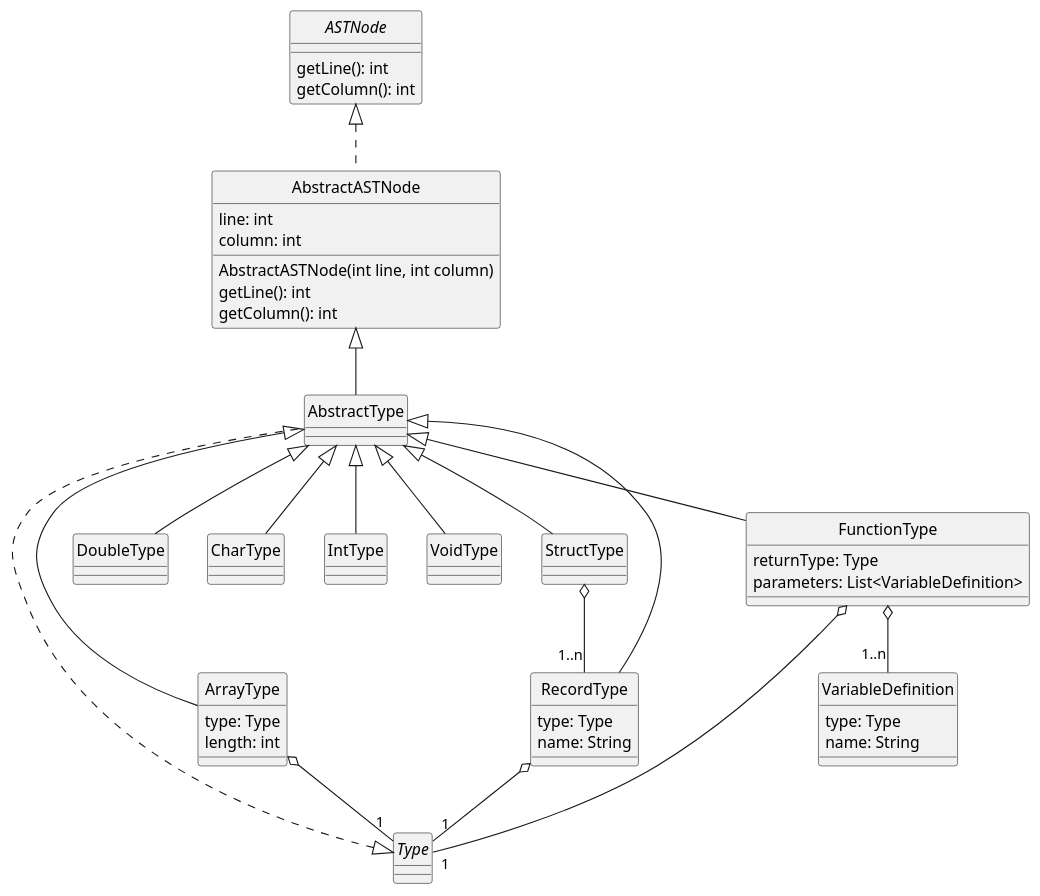
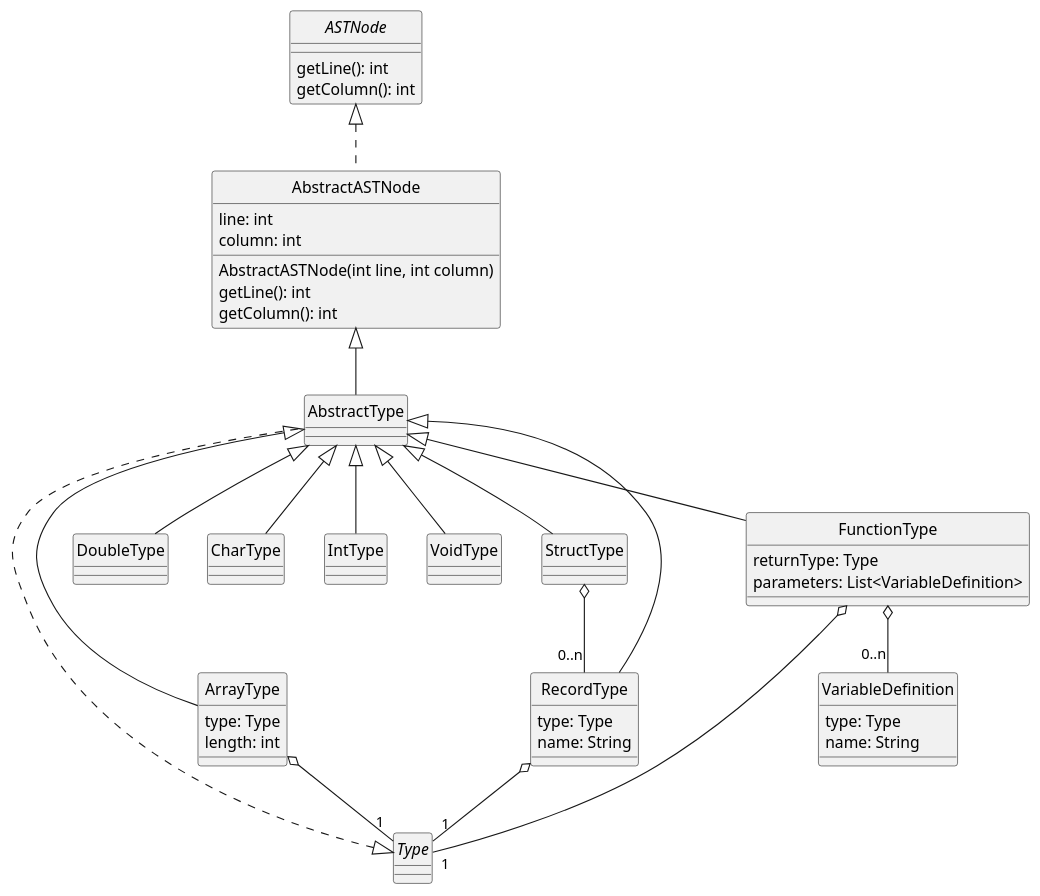
The diagram in docs/diagrams/types.plantuml (Diecaal/Elixir-Compiler), drawn with PlantUML before and after one commit. The commit also changed 5 other files, not shown here.

Commit message:
Update UML

```diff
--- a/docs/diagrams/types.plantuml
+++ b/docs/diagrams/types.plantuml
@@ -1,85 +1,85 @@
 @startuml Types
 skinparam style strictuml
 skinparam monochrome true
 
 interface ASTNode {
     getLine(): int
     getColumn(): int
 }
 
 class AbstractASTNode {
     AbstractASTNode(int line, int column)
     getLine(): int
     getColumn(): int
     line: int
     column: int
 }
 
 interface Type
 
 class AbstractType {
 
 }
 
 class ArrayType {
     type: Type
     length: int
 }
 
 class DoubleType {
 
 }
 
 class CharType {
 
 }
 
 class IntType {
 
 }
 
 class VoidType {
 
 }
 
 class StructType {
 
 }
 
 class RecordType {
     type: Type
     name: String
 }
 
 class FunctionType {
     returnType: Type
     parameters: List<VariableDefinition>
 }
 
 class VariableDefinition {
     type: Type
     name: String
 }
 
 ASTNode <|.. AbstractASTNode
 
 AbstractASTNode <|-- AbstractType
 
 Type <|.. AbstractType
 
 AbstractType <|-- ArrayType
 AbstractType <|-- DoubleType
 AbstractType <|-- CharType
 AbstractType <|-- IntType
 AbstractType <|-- VoidType
 AbstractType <|-- StructType
 AbstractType <|-- RecordType
 AbstractType <|-- FunctionType
 
 ArrayType o-- "1" Type
 RecordType o-- "1" Type
 FunctionType o-- "1" Type
 
-StructType o-- "1..n" RecordType
-FunctionType o-- "1..n" VariableDefinition
+StructType o-- "0..n" RecordType
+FunctionType o-- "0..n" VariableDefinition
 @enduml
```
